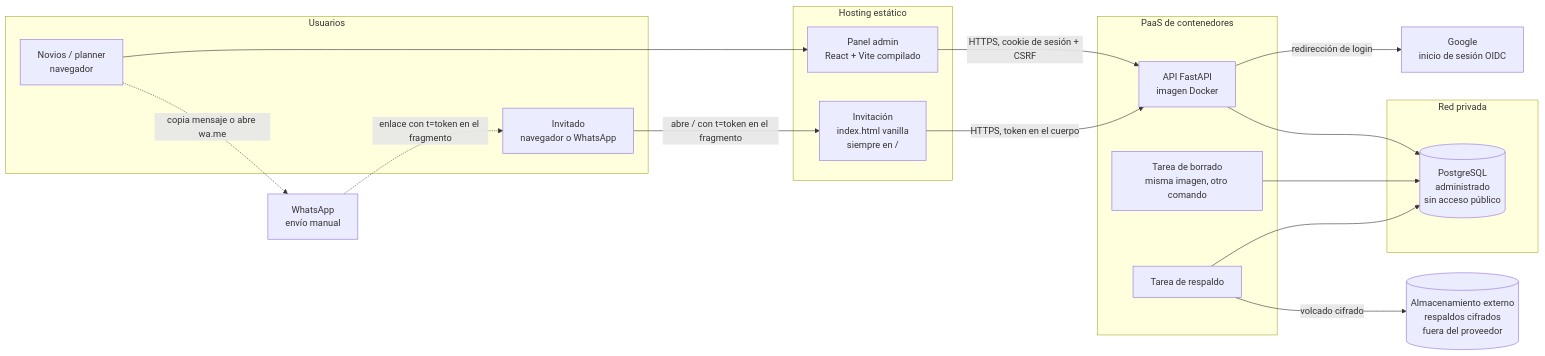
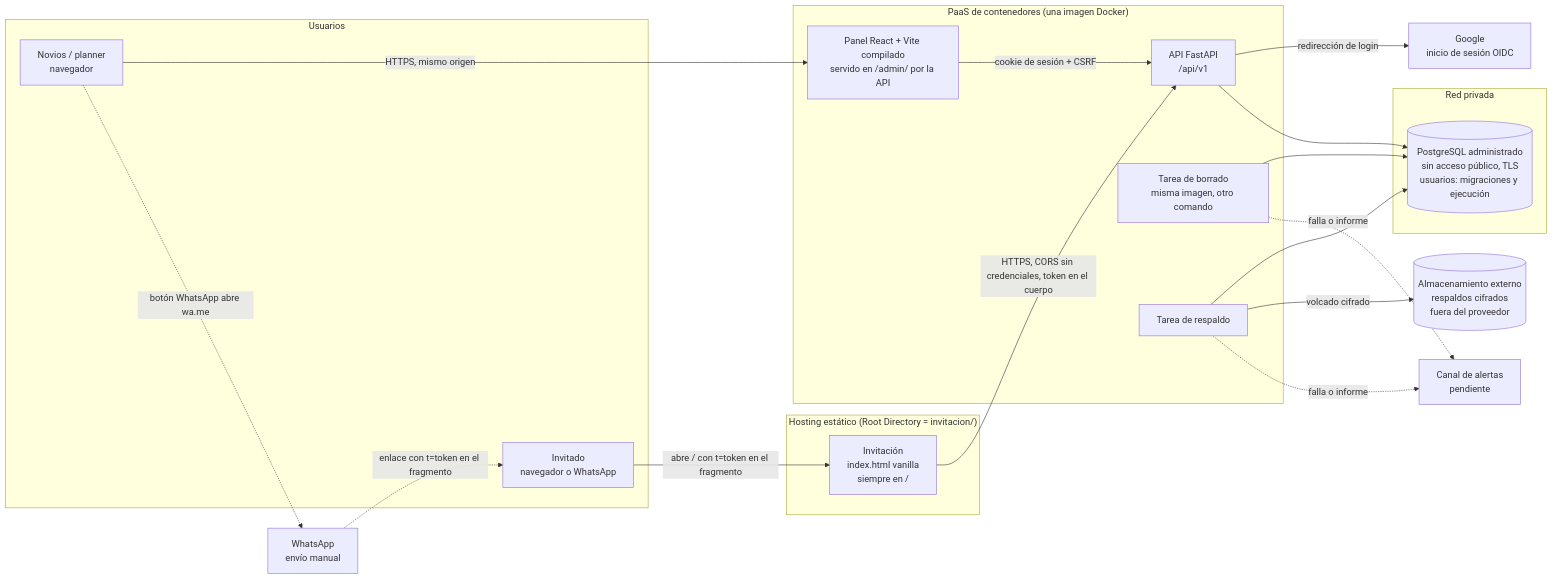
The diagram in docs/architecture/01-componentes.md (Mayra-ux/ma-wedding), drawn with Mermaid before and after one commit. The commit also changed other lines of this file and 26 other files, not shown here.

````diff
--- a/docs/architecture/01-componentes.md
+++ b/docs/architecture/01-componentes.md
@@ -7,38 +7,41 @@
 ```mermaid
 flowchart LR
   subgraph Usuarios
     INV["Invitado<br/>navegador o WhatsApp"]
     ADM["Novios / planner<br/>navegador"]
   end
 
-  subgraph Estatico["Hosting estático"]
+  subgraph Estatico["Hosting estático (Root Directory = invitacion/)"]
     WEB["Invitación<br/>index.html vanilla<br/>siempre en /"]
-    PANEL["Panel admin<br/>React + Vite compilado"]
   end
 
-  subgraph PaaS["PaaS de contenedores"]
-    API["API FastAPI<br/>imagen Docker"]
+  subgraph PaaS["PaaS de contenedores (una imagen Docker)"]
+    API["API FastAPI<br/>/api/v1"]
+    PANEL["Panel React + Vite compilado<br/>servido en /admin/ por la API"]
     JOB["Tarea de borrado<br/>misma imagen, otro comando"]
     BKP["Tarea de respaldo"]
   end
 
   subgraph Privada["Red privada"]
-    DB[("PostgreSQL<br/>administrado<br/>sin acceso público")]
+    DB[("PostgreSQL administrado<br/>sin acceso público, TLS<br/>usuarios: migraciones y ejecución")]
   end
 
   GOOGLE["Google<br/>inicio de sesión OIDC"]
   STORE[("Almacenamiento externo<br/>respaldos cifrados<br/>fuera del proveedor")]
   WA["WhatsApp<br/>envío manual"]
+  ALERT["Canal de alertas<br/>pendiente"]
 
   INV -- "abre / con t=token en el fragmento" --> WEB
-  WEB -- "HTTPS, token en el cuerpo" --> API
-  ADM --> PANEL
-  PANEL -- "HTTPS, cookie de sesión + CSRF" --> API
+  WEB -- "HTTPS, CORS sin credenciales, token en el cuerpo" --> API
+  ADM -- "HTTPS, mismo origen" --> PANEL
+  PANEL -- "cookie de sesión + CSRF" --> API
   API -- "redirección de login" --> GOOGLE
   API --> DB
   JOB --> DB
   BKP --> DB
   BKP -- "volcado cifrado" --> STORE
-  ADM -. "copia mensaje o abre wa.me" .-> WA
+  JOB -. "falla o informe" .-> ALERT
+  BKP -. "falla o informe" .-> ALERT
+  ADM -. "botón WhatsApp abre wa.me" .-> WA
   WA -. "enlace con t=token en el fragmento" .-> INV
 ```
````
